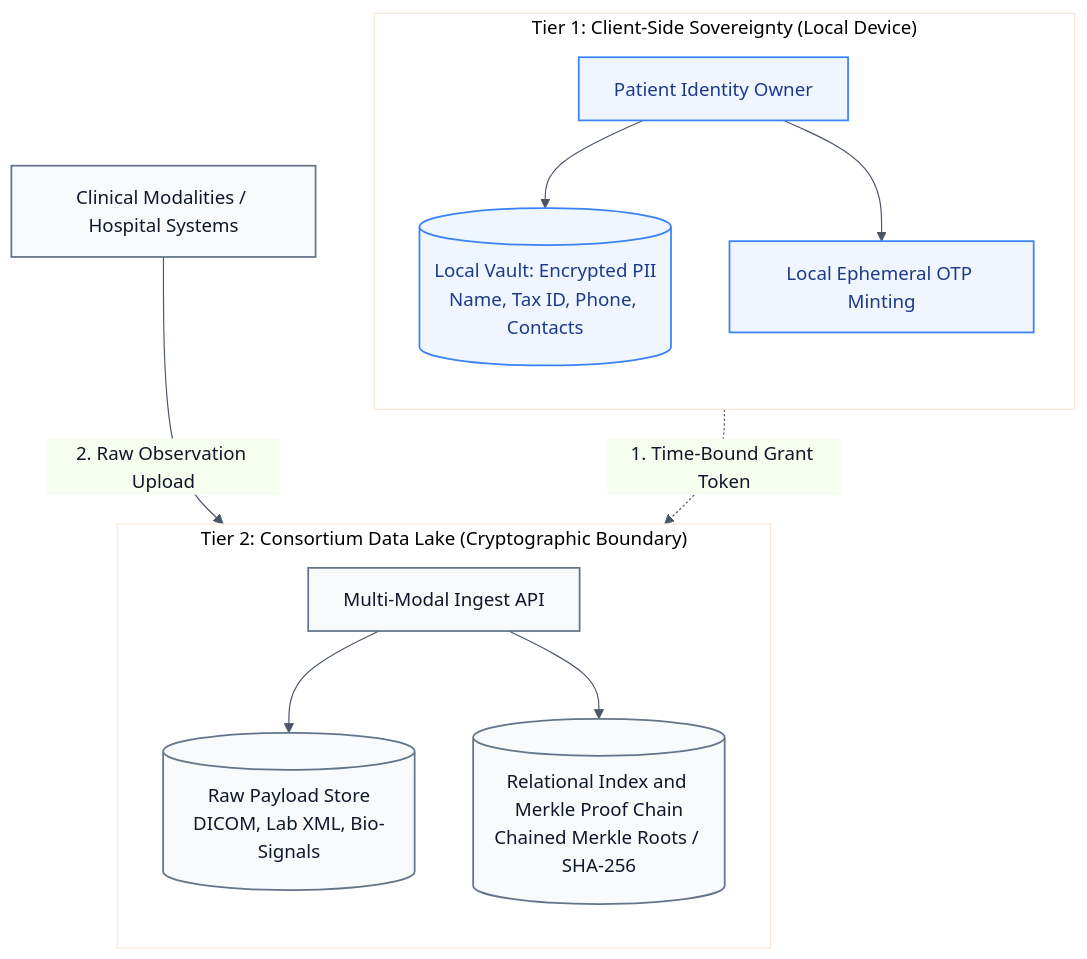
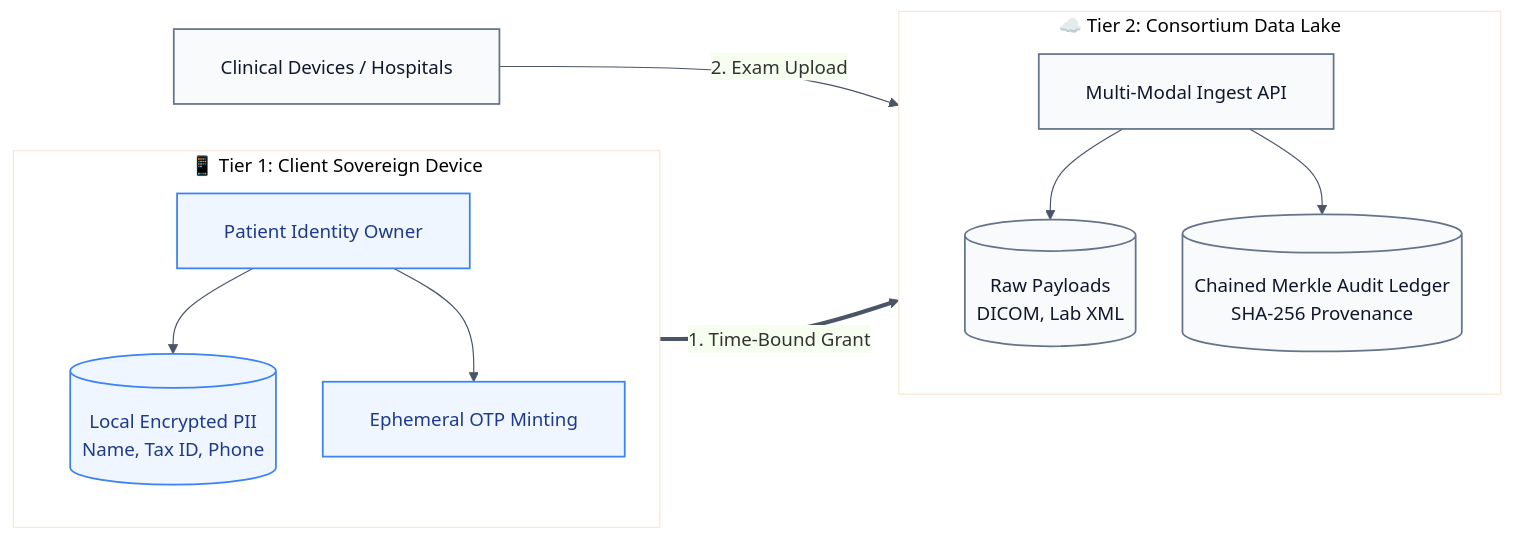
One commit to datalife-ehealth/.github changed the first of 2 diagrams in profile/README.md. Above: the diagram before and after it, drawn with Mermaid. The commit also changed other lines of this file, not shown here.

Commit message:
docs: shrink the banner and lay architecture diagrams left to right

````diff
--- a/profile/README.md
+++ b/profile/README.md
@@ -43,23 +43,23 @@
 ```mermaid
-%%{init: {'theme': 'base', 'themeVariables': { 'primaryColor': '#EFF6FF', 'edgeColor': '#4A5568', 'primaryTextColor': '#0F172A', 'lineColor': '#4A5568', 'fontFamily': 'ui-sans-serif, system-ui, sans-serif'}}}%%
-flowchart TB
-    subgraph ClientTier["Tier 1: Client-Side Sovereignty (Local Device)"]
+%%{init: {'theme': 'base', 'themeVariables': { 'primaryColor': '#EFF6FF', 'edgeColor': '#4A5568', 'lineColor': '#4A5568', 'fontFamily': 'ui-sans-serif, system-ui, sans-serif' }, 'flowchart': {'padding': 20, 'nodeSpacing': 40, 'rankSpacing': 48, 'htmlLabels': true, 'wrappingWidth': 220}}}%%
+flowchart LR
+    subgraph ClientTier["📱 Tier 1: Client Sovereign Device"]
         direction TB
-        P[Patient Identity Owner] --> PII[(Local Vault: Encrypted PII<br/>Name, Tax ID, Phone, Contacts)]
-        P --> OTPGen[Local Ephemeral OTP Minting]
+        P[Patient Identity Owner] --> PII[(Local Encrypted PII<br/>Name, Tax ID, Phone)]
+        P --> OTPGen[Ephemeral OTP Minting]
     end
 
-    subgraph DataLakeTier["Tier 2: Consortium Data Lake (Cryptographic Boundary)"]
+    subgraph DataLakeTier["☁️ Tier 2: Consortium Data Lake"]
         direction TB
-        IngestEngine[Multi-Modal Ingest API] --> ObjectStore[(Raw Payload Store<br/>DICOM, Lab XML, Bio-Signals)]
-        IngestEngine --> Ledger[(Relational Index and Merkle Proof Chain<br/>Chained Merkle Roots / SHA-256)]
+        IngestEngine[Multi-Modal Ingest API] --> ObjectStore[(Raw Payloads<br/>DICOM, Lab XML)]
+        IngestEngine --> Ledger[(Chained Merkle Audit Ledger<br/>SHA-256 Provenance)]
     end
 
-    OTPGen -.->|"1. Time-Bound Grant Token"| IngestEngine
-    Device[Clinical Modalities / Hospital Systems] -->|"2. Raw Observation Upload"| IngestEngine
+    OTPGen ==>|"1. Time-Bound Grant"| IngestEngine
+    Device[Clinical Devices / Hospitals] -->|"2. Exam Upload"| IngestEngine
 
     classDef client fill:#EFF6FF,stroke:#3B82F6,stroke-width:1.5px,color:#1E3A8A;
     classDef cloud fill:#F8FAFC,stroke:#64748B,stroke-width:1.5px,color:#0F172A;
     class P,PII,OTPGen client;
     class IngestEngine,ObjectStore,Ledger,Device cloud;
 ```
````
